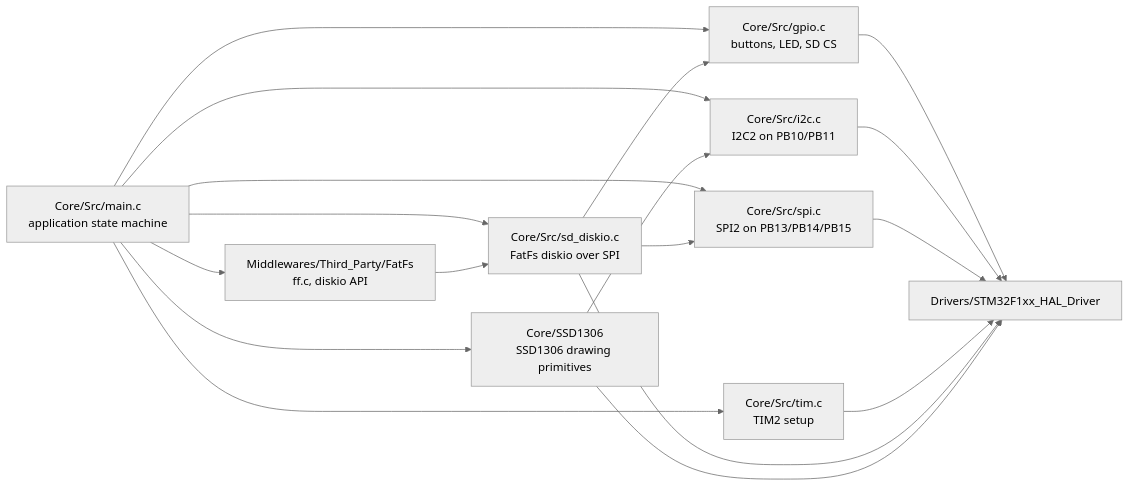
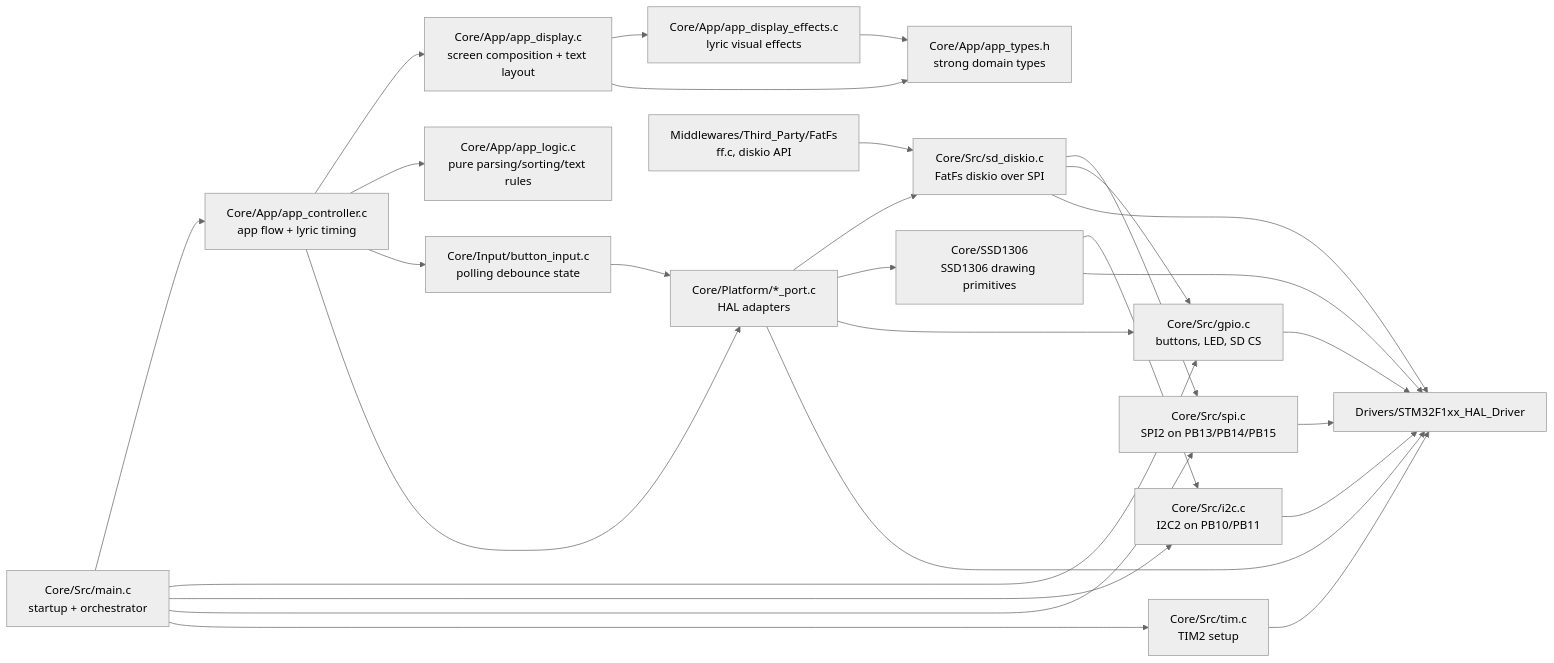
The second of 11 diagrams in AGENTS.md (oscarsg29/lyrics_display), drawn with Mermaid (neutral theme) before and after one commit. The commit also changed other lines of this file and 22 other files, not shown here.

Commit message:
Isolate app architecture and harden display startup

````diff
--- a/AGENTS.md
+++ b/AGENTS.md
@@ -37,32 +40,50 @@
 ```mermaid
 flowchart LR
-    Main["Core/Src/main.c<br/>application state machine"]
+    Main["Core/Src/main.c<br/>startup + orchestrator"]
+    AppController["Core/App/app_controller.c<br/>app flow + lyric timing"]
+    AppDisplay["Core/App/app_display.c<br/>screen composition + text layout"]
+    AppEffects["Core/App/app_display_effects.c<br/>lyric visual effects"]
+    AppLogic["Core/App/app_logic.c<br/>pure parsing/sorting/text rules"]
+    AppTypes["Core/App/app_types.h<br/>strong domain types"]
+    ButtonInput["Core/Input/button_input.c<br/>polling debounce state"]
+    Platform["Core/Platform/*_port.c<br/>HAL adapters"]
     GPIO["Core/Src/gpio.c<br/>buttons, LED, SD CS"]
     I2C["Core/Src/i2c.c<br/>I2C2 on PB10/PB11"]
     SPI["Core/Src/spi.c<br/>SPI2 on PB13/PB14/PB15"]
     TIM["Core/Src/tim.c<br/>TIM2 setup"]
     SD["Core/Src/sd_diskio.c<br/>FatFs diskio over SPI"]
     FatFs["Middlewares/Third_Party/FatFs<br/>ff.c, diskio API"]
     OLED["Core/SSD1306<br/>SSD1306 drawing primitives"]
     HAL["Drivers/STM32F1xx_HAL_Driver"]
 
+    Main --> AppController
+    AppController --> AppDisplay
+    AppController --> AppLogic
+    AppController --> ButtonInput
+    AppController --> Platform
+    AppDisplay --> AppEffects
+    AppDisplay --> AppTypes
+    AppEffects --> AppTypes
+    ButtonInput --> Platform
+
     Main --> GPIO
     Main --> I2C
     Main --> SPI
     Main --> TIM
-    Main --> SD
-    Main --> FatFs
-    Main --> OLED
 
     SD --> SPI
     SD --> GPIO
     FatFs --> SD
     OLED --> I2C
+    Platform --> SD
+    Platform --> OLED
+    Platform --> GPIO
 
     GPIO --> HAL
     I2C --> HAL
     SPI --> HAL
     TIM --> HAL
     SD --> HAL
     OLED --> HAL
+    Platform --> HAL
 ```
````
